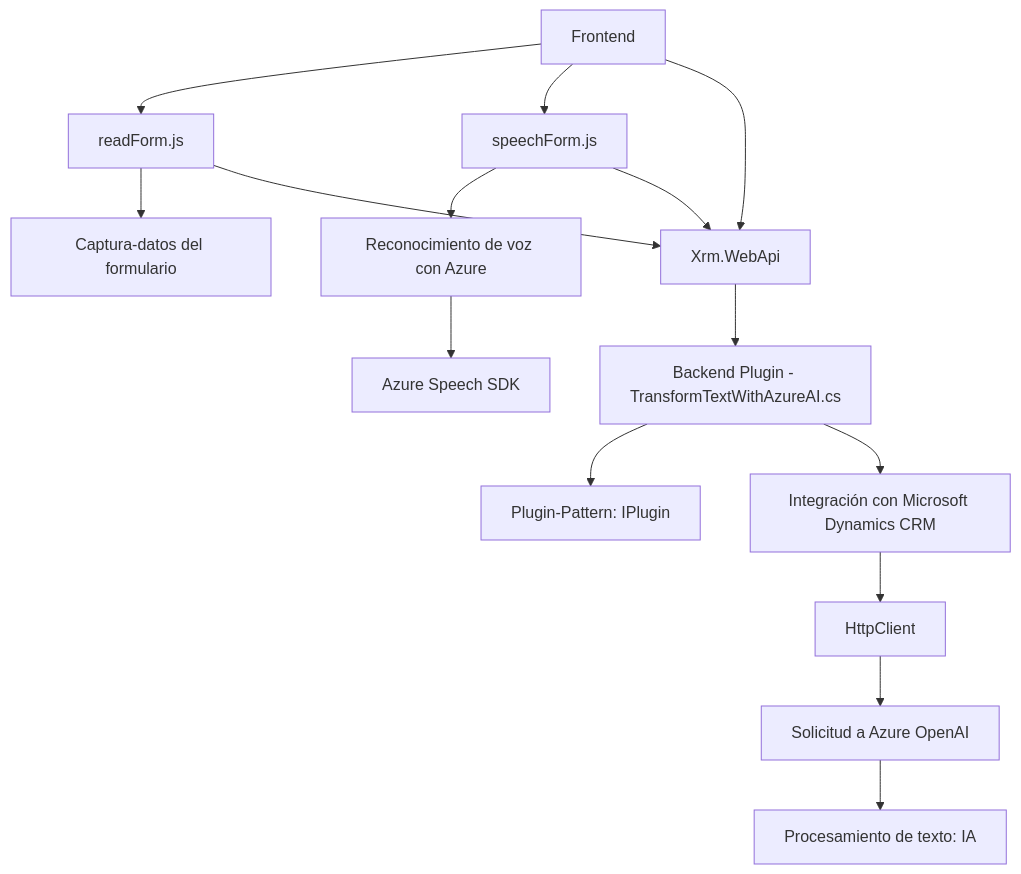
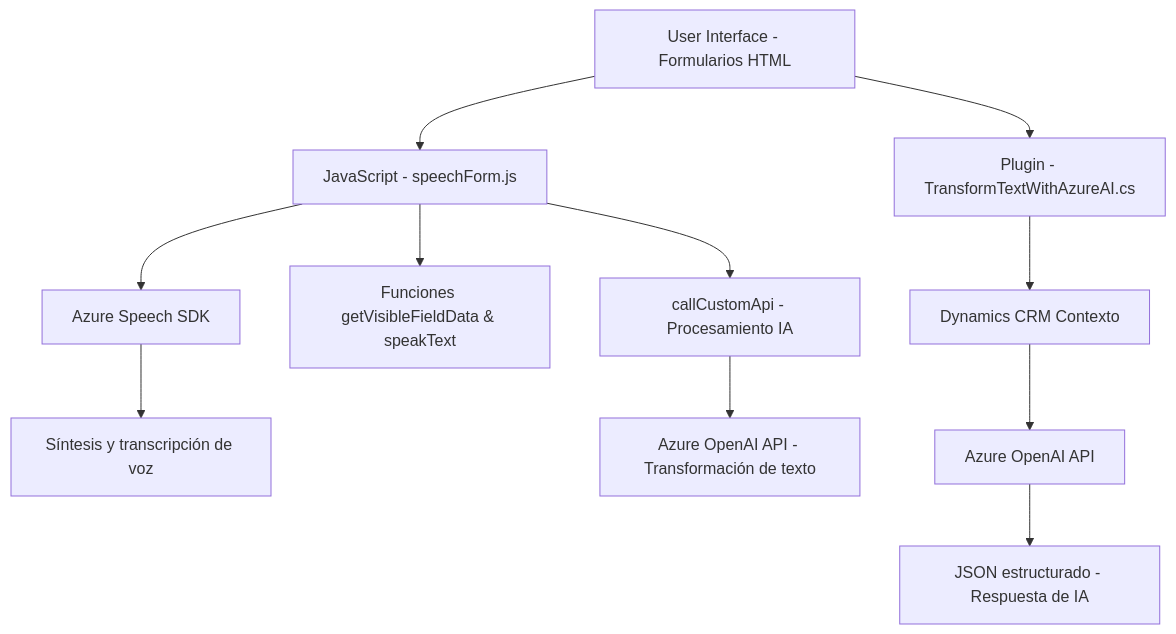
Before and after one commit to blopezdm/NETCORE_BILBAO2025: the diagram in README.md, drawn with Mermaid. The commit also changed other lines of this file, not shown here.

Commit message:
Actualizar análisis global de la solución con IA

````diff
--- a/README.md
+++ b/README.md
@@ -59,18 +42,13 @@
 ```mermaid
 graph TD
-    A["Frontend"] --> B["readForm.js"]
-    A --> C["speechForm.js"]
-    B --> D["Captura-datos del formulario"]
-    C --> E["Reconocimiento de voz con Azure"]
-    A --> F["Xrm.WebApi"]
-    B --> F
-    C --> F
-    E --> G["Azure Speech SDK"]
-
-    F --> H["Backend Plugin - TransformTextWithAzureAI.cs"]
-    H --> I["Plugin-Pattern: IPlugin"]
-    H --> J["Integración con Microsoft Dynamics CRM"]
-    J --> K["HttpClient"]
-    K --> L["Solicitud a Azure OpenAI"]
-    L --> M["Procesamiento de texto: IA"]
+    A["User Interface - Formularios HTML"] --> B["JavaScript - speechForm.js"]
+    B --> C["Azure Speech SDK"]
+    B --> D["Funciones getVisibleFieldData & speakText"]
+    C --> F["Síntesis y transcripción de voz"]
+    B --> G["callCustomApi - Procesamiento IA"]
+    G --> I["Azure OpenAI API - Transformación de texto"]
+    A --> J["Plugin - TransformTextWithAzureAI.cs"]
+    J --> K["Dynamics CRM Contexto"]
+    K --> L["Azure OpenAI API"]
+    L --> M["JSON estructurado - Respuesta de IA"]
 ```
````
